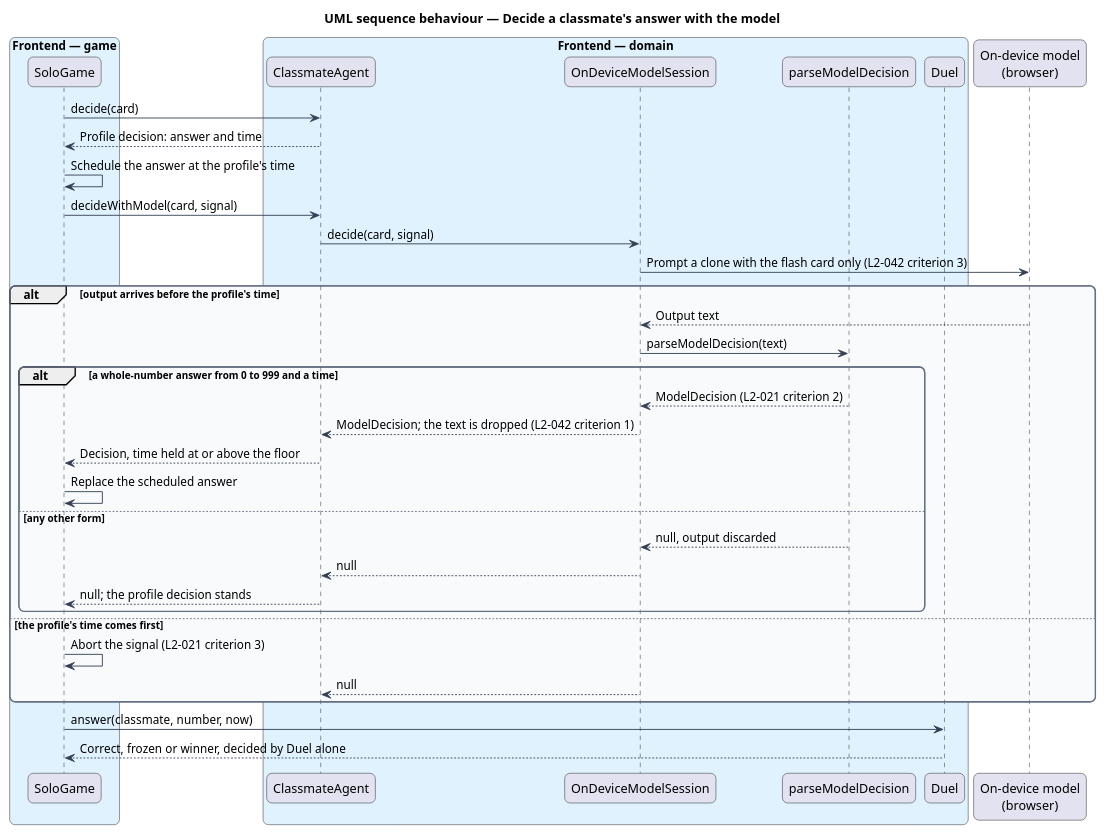
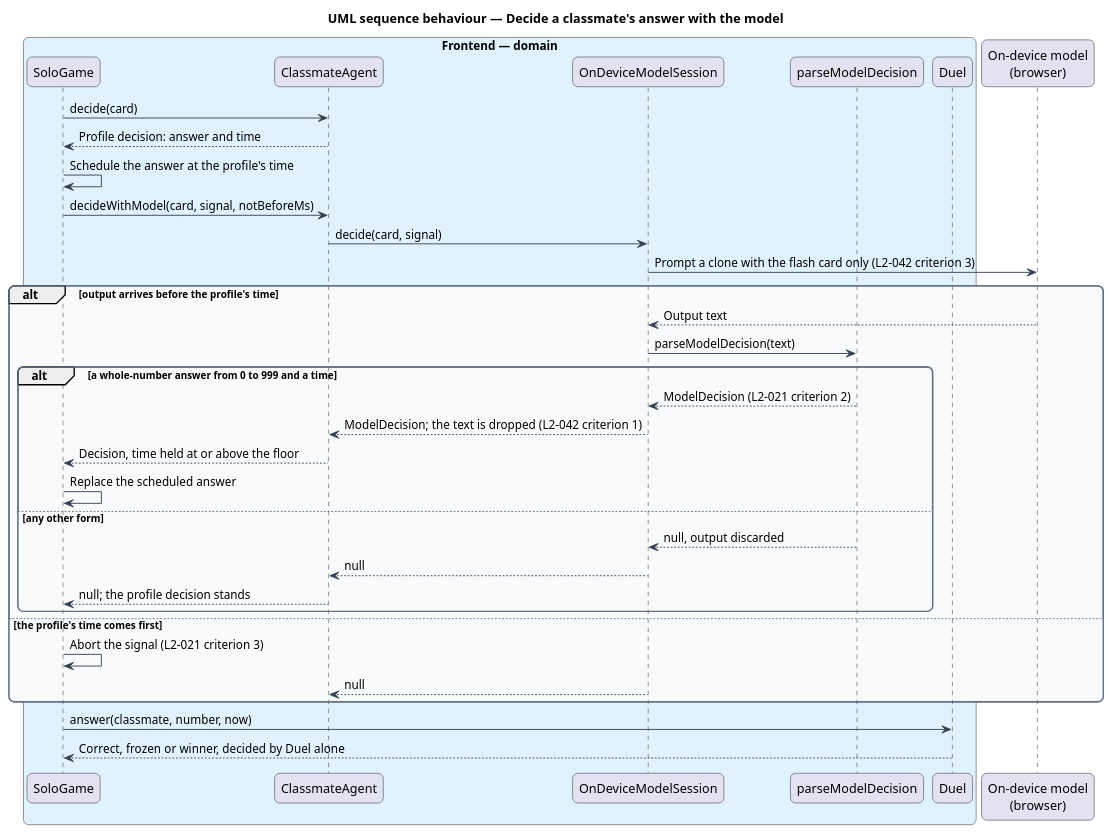
The diagram in docs/detailed-designs/classmates/drive-classmates-with-model/diagrams/sequence-decide-with-model.puml (QuinntyneBrown/around-the-world), drawn with PlantUML before and after one commit. The commit also changed 13 other files, not shown here.

```diff
--- a/docs/detailed-designs/classmates/drive-classmates-with-model/diagrams/sequence-decide-with-model.puml
+++ b/docs/detailed-designs/classmates/drive-classmates-with-model/diagrams/sequence-decide-with-model.puml
@@ -1,52 +1,50 @@
 @startuml
 title UML sequence behaviour — Decide a classmate's answer with the model
 skinparam backgroundColor #FFFFFF
 skinparam shadowing false
 skinparam roundcorner 12
 skinparam defaultFontName Arial
 skinparam ArrowColor #344054
 skinparam rectangle {
   BorderColor #344054
   FontColor #101828
 }
 skinparam package {
   BorderColor #667085
   FontColor #101828
   BackgroundColor #F9FAFB
 }
-box "Frontend — game" #E0F2FE
+box "Frontend — domain" #E0F2FE
   participant "SoloGame" as solo
-end box
-box "Frontend — domain" #E0F2FE
   participant "ClassmateAgent" as agent
   participant "OnDeviceModelSession" as session
   participant "parseModelDecision" as parse
   participant "Duel" as duel
 end box
 participant "On-device model\n(browser)" as model
 solo -> agent : decide(card)
 agent --> solo : Profile decision: answer and time
 solo -> solo : Schedule the answer at the profile's time
-solo -> agent : decideWithModel(card, signal)
+solo -> agent : decideWithModel(card, signal, notBeforeMs)
 agent -> session : decide(card, signal)
 session -> model : Prompt a clone with the flash card only (L2-042 criterion 3)
 alt output arrives before the profile's time
   model --> session : Output text
   session -> parse : parseModelDecision(text)
   alt a whole-number answer from 0 to 999 and a time
     parse --> session : ModelDecision (L2-021 criterion 2)
     session --> agent : ModelDecision; the text is dropped (L2-042 criterion 1)
     agent --> solo : Decision, time held at or above the floor
     solo -> solo : Replace the scheduled answer
   else any other form
     parse --> session : null, output discarded
     session --> agent : null
     agent --> solo : null; the profile decision stands
   end
 else the profile's time comes first
   solo -> solo : Abort the signal (L2-021 criterion 3)
   session --> agent : null
 end
 solo -> duel : answer(classmate, number, now)
 duel --> solo : Correct, frozen or winner, decided by Duel alone
 @enduml
```
